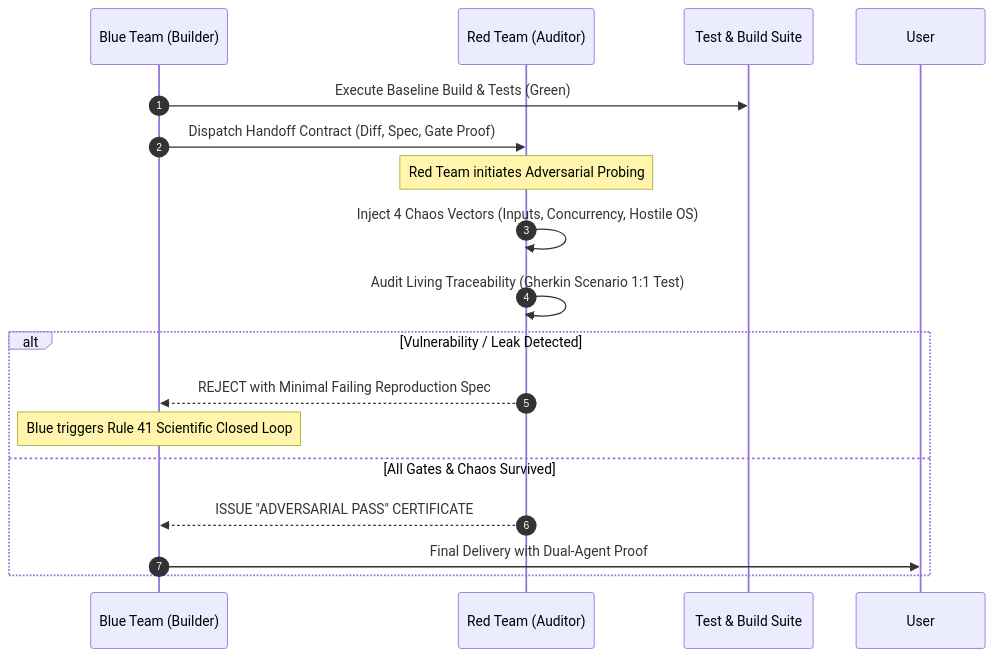
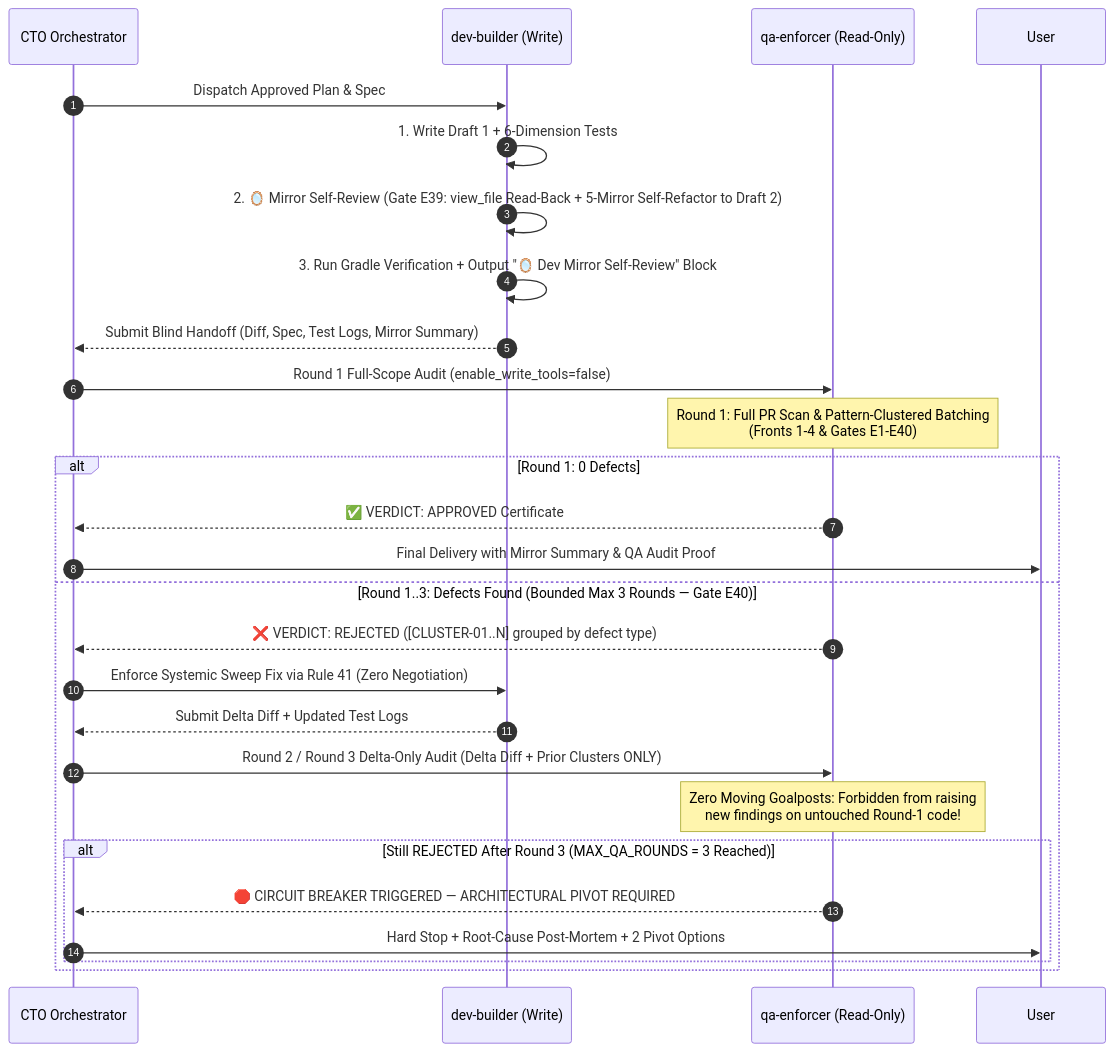
One commit to vinhvox/Anti-Vibe-Coding-Android-Engine changed the diagram in rules/42-adversarial-red-team-verification.md. Above: the diagram before and after it, drawn with Mermaid. The commit also changed other lines of this file and 31 other files, not shown here.

Commit message:
feat(core): synchronize Gates E37-E40, 2026-2027 Play Vitals/Policy, Rule 45 & new skills from ~/.antigravity

````diff
--- a/rules/42-adversarial-red-team-verification.md
+++ b/rules/42-adversarial-red-team-verification.md
@@ -56,20 +80,29 @@
 ```mermaid
 sequenceDiagram
     autonumber
-    participant Blue as Blue Team (Builder)
-    participant Red as Red Team (Auditor)
-    participant Suite as Test & Build Suite
+    participant CTO as CTO Orchestrator
+    participant Dev as dev-builder (Write)
+    participant QA as qa-enforcer (Read-Only)
 
-    Blue->>Suite: Execute Baseline Build & Tests (Green)
-    Blue->>Red: Dispatch Handoff Contract (Diff, Spec, Gate Proof)
-    Note over Red: Red Team initiates Adversarial Probing
-    Red->>Red: Inject 4 Chaos Vectors (Inputs, Concurrency, Hostile OS)
-    Red->>Red: Audit Living Traceability (Gherkin Scenario 1:1 Test)
-    alt Vulnerability / Leak Detected
-        Red-->>Blue: REJECT with Minimal Failing Reproduction Spec
-        Note over Blue: Blue triggers Rule 41 Scientific Closed Loop
-    else All Gates & Chaos Survived
-        Red-->>Blue: ISSUE "ADVERSARIAL PASS" CERTIFICATE
-        Blue->>User: Final Delivery with Dual-Agent Proof
+    CTO->>Dev: Dispatch Approved Plan & Spec
+    Dev->>Dev: 1. Write Draft 1 + 6-Dimension Tests
+    Dev->>Dev: 2. 🪞 Mirror Self-Review (Gate E39: view_file Read-Back + 5-Mirror Self-Refactor to Draft 2)
+    Dev->>Dev: 3. Run Gradle Verification + Output "🪞 Dev Mirror Self-Review" Block
+    Dev-->>CTO: Submit Blind Handoff (Diff, Spec, Test Logs, Mirror Summary)
+    CTO->>QA: Round 1 Full-Scope Audit (enable_write_tools=false)
+    Note over QA: Round 1: Full PR Scan & Pattern-Clustered Batching<br/>(Fronts 1-4 & Gates E1-E40)
+    alt Round 1: 0 Defects
+        QA-->>CTO: ✅ VERDICT: APPROVED Certificate
+        CTO->>User: Final Delivery with Mirror Summary & QA Audit Proof
+    else Round 1..3: Defects Found (Bounded Max 3 Rounds — Gate E40)
+        QA-->>CTO: ❌ VERDICT: REJECTED ([CLUSTER-01..N] grouped by defect type)
+        CTO->>Dev: Enforce Systemic Sweep Fix via Rule 41 (Zero Negotiation)
+        Dev-->>CTO: Submit Delta Diff + Updated Test Logs
+        CTO->>QA: Round 2 / Round 3 Delta-Only Audit (Delta Diff + Prior Clusters ONLY)
+        Note over QA: Zero Moving Goalposts: Forbidden from raising<br/>new findings on untouched Round-1 code!
+        alt Still REJECTED After Round 3 (MAX_QA_ROUNDS = 3 Reached)
+            QA-->>CTO: 🛑 CIRCUIT BREAKER TRIGGERED — ARCHITECTURAL PIVOT REQUIRED
+            CTO->>User: Hard Stop + Root-Cause Post-Mortem + 2 Pivot Options
+        end
     end
 ```
````
